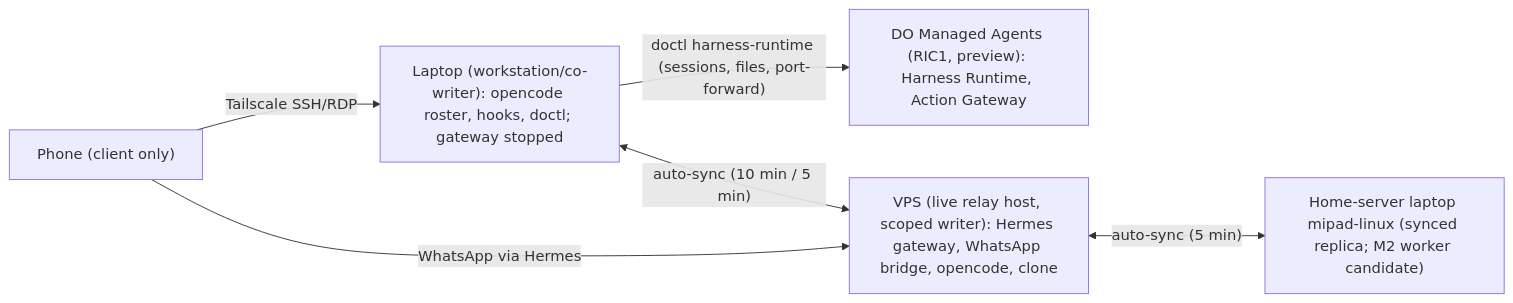
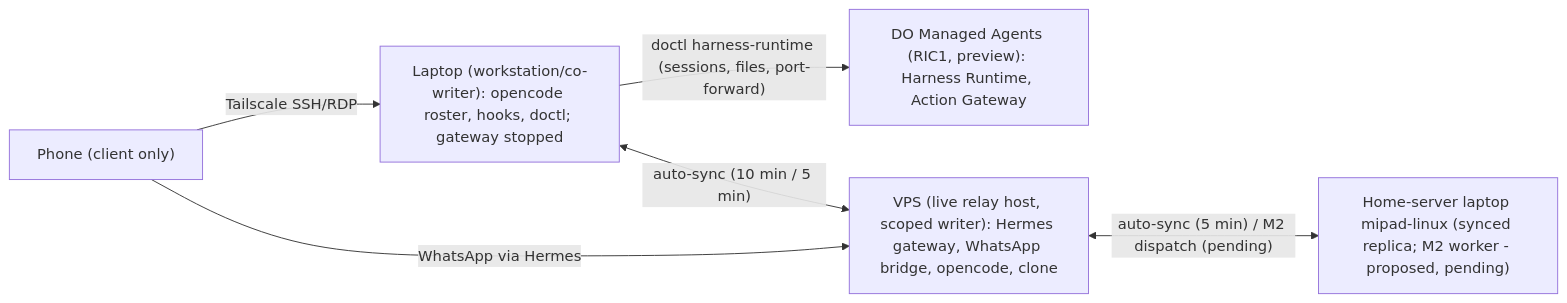
Before and after one commit to naquuuu/naquuuu-personal-works: the diagram in internal-docs/HOSTS.md, drawn with Mermaid. The commit also changed other lines of this file and 17 other files, not shown here.

````diff
--- a/internal-docs/HOSTS.md
+++ b/internal-docs/HOSTS.md
@@ -14,13 +14,13 @@
 ```mermaid
 flowchart LR
   P["Phone (client only)"]
   L["Laptop (workstation/co-writer): opencode roster, hooks, doctl; gateway stopped"]
   D["DO Managed Agents (RIC1, preview): Harness Runtime, Action Gateway"]
   V["VPS (live relay host, scoped writer): Hermes gateway, WhatsApp bridge, opencode, clone"]
-  H["Home-server laptop mipad-linux (synced replica; M2 worker candidate)"]
+  H["Home-server laptop mipad-linux (synced replica; M2 worker - proposed, pending)"]
   P -->|"WhatsApp via Hermes"| V
   P -->|"Tailscale SSH/RDP"| L
   L -->|"doctl harness-runtime (sessions, files, port-forward)"| D
   L <-->|"auto-sync (10 min / 5 min)"| V
-  V <-->|"auto-sync (5 min)"| H
+  V <-->|"auto-sync (5 min) / M2 dispatch (pending)"| H
 ```
````
